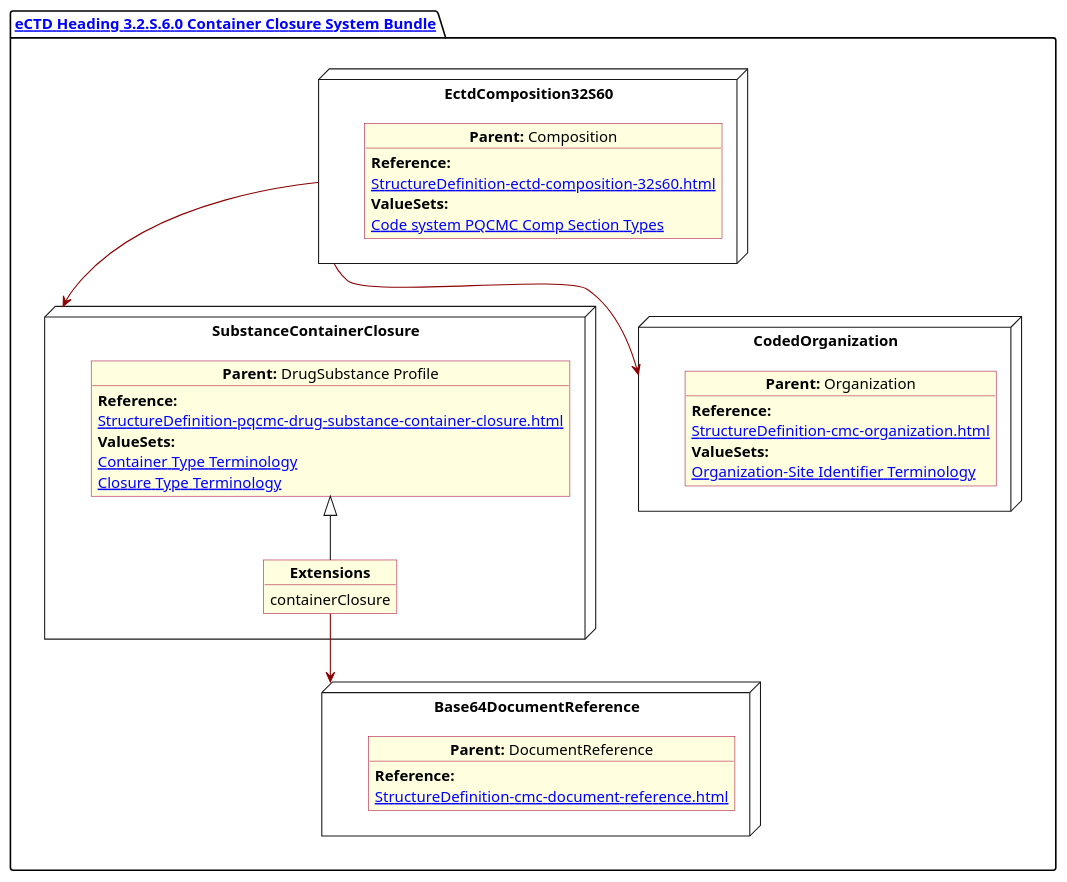
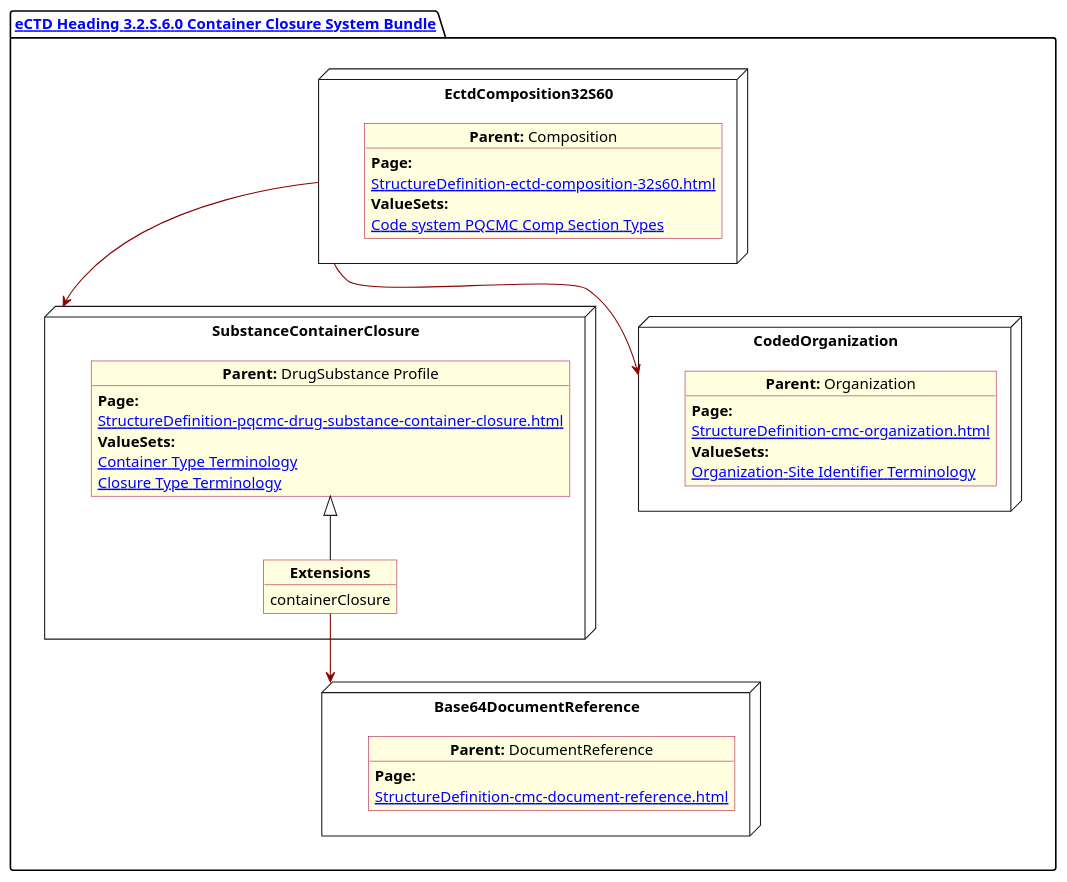
The diagram in input/images-source/SubstanceContainer.plantuml (HL7/FHIR-us-pq-cmc-fda), drawn with PlantUML before and after one commit. The commit also changed 34 other files, not shown here.

```diff
--- a/input/images-source/SubstanceContainer.plantuml
+++ b/input/images-source/SubstanceContainer.plantuml
@@ -1,62 +1,62 @@
 @startuml SubstanceContainer
 allowmixing
 'Mixed model of use case and object
 skinparam svgDimensionStyle false
 skinparam ObjectBackgroundColor LightYellow
 skinparam ObjectBorderColor #A80036
 skinparam activityDiamondBorderColor #A80036
 skinparam activityDiamondBackgroundColor lawnGreen
 skinparam ClassBorderThickness 4
 
 package "[[StructureDefinition-cmc-ectd-document-32s60.html eCTD Heading 3.2.S.6.0 Container Closure System Bundle]]" as NODES {
 
 
 
   node "EctdComposition32S60" as N1 {
 
     object "**Parent:** Composition" as obj1 {
-      **Reference:**
+      **Page:**
       [[StructureDefinition-ectd-composition-32s60.html]]
       **ValueSets:**
       [[ValueSet-cmc-comp-section-types-vs.html Code system PQCMC Comp Section Types]]
     }
 
   }
   node "SubstanceContainerClosure" as N21 {
 
     object "**Parent:** DrugSubstance Profile" as obj22 {
-      **Reference:**
+      **Page:**
       [[StructureDefinition-pqcmc-drug-substance-container-closure.html]]
       **ValueSets:**
       [[ValueSet-pqcmc-container-type-terminology.html Container Type Terminology]]
       [[ValueSet-pqcmc-closure-type-terminology.html Closure Type Terminology]]
     }
     object "**Extensions**" as objEx {
       containerClosure
     }
     obj22 <|-- objEx
   }
   node "Base64DocumentReference" as NB64 {
 
     object "**Parent:** DocumentReference"  as obj64 {
 
-      **Reference:**
+      **Page:**
       [[StructureDefinition-cmc-document-reference.html]]
     }
 
   }
   node "CodedOrganization" as NSO {
 
     object "**Parent:** Organization" as objAu {
-      **Reference:**
+      **Page:**
       [[StructureDefinition-cmc-organization.html]]
       **ValueSets:**
       [[ValueSet-pqcmc-org-identifier-type-terminology.html Organization-Site Identifier Terminology]]
     }
   }
 }
 
 N1 -[#darkred]-> N21
 N1 -[#darkred]-> NSO
 objEx -[#darkred]-> NB64
 @enduml
```
